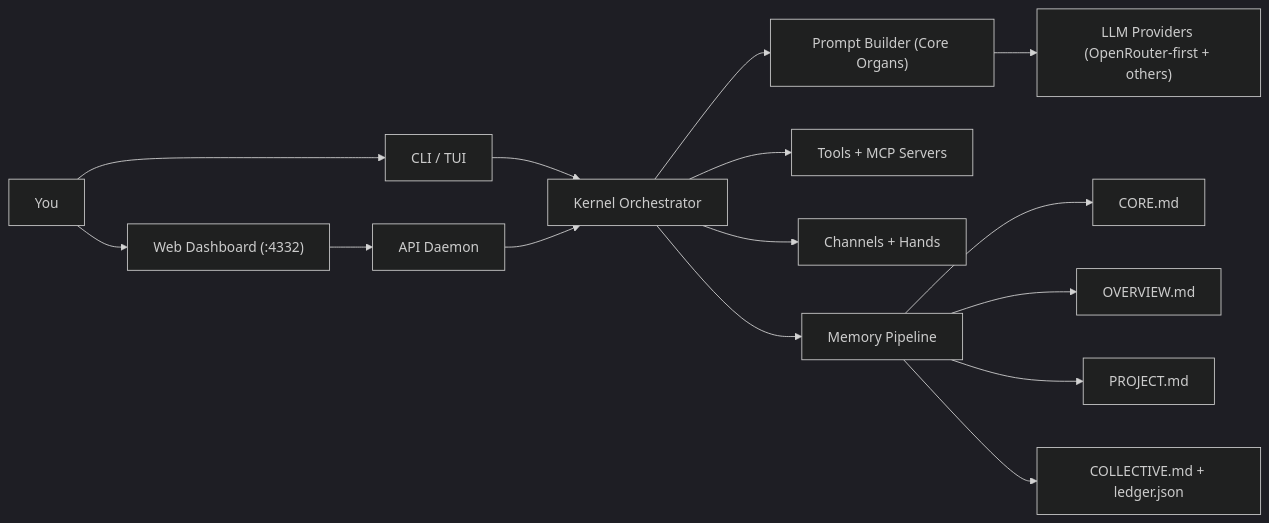
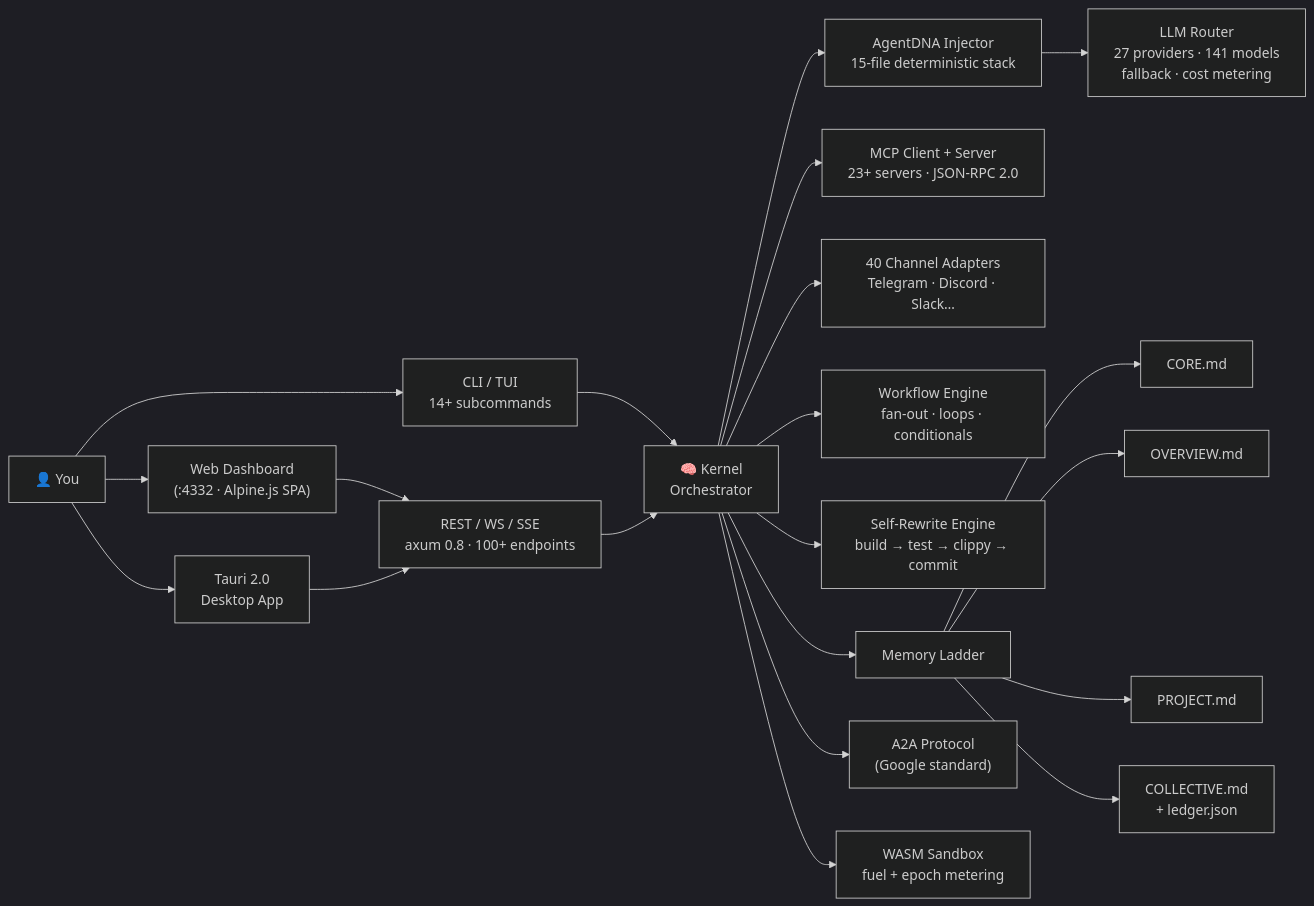
The first of 3 diagrams in README.md (aegntic/clawreform), drawn with Mermaid (dark theme) before and after one commit. The commit also changed other lines of this file, not shown here.

Commit message:
docs: update README with AgentDNA and competitive positioning

````diff
--- a/README.md
+++ b/README.md
@@ -89,17 +326,23 @@
 ```mermaid
 flowchart LR
-    U["You"] --> CLI["CLI / TUI"]
-    U --> WEB["Web Dashboard (:4332)"]
-    WEB --> API["API Daemon"]
-    CLI --> K["Kernel Orchestrator"]
+    U["👤 You"] --> CLI["CLI / TUI\n14+ subcommands"]
+    U --> WEB["Web Dashboard\n(:4332 · Alpine.js SPA)"]
+    U --> DESK["Tauri 2.0\nDesktop App"]
+    WEB --> API["REST / WS / SSE\naxum 0.8 · 100+ endpoints"]
+    DESK --> API
+    CLI --> K["🧠 Kernel\nOrchestrator"]
     API --> K
-    K --> PB["Prompt Builder (Core Organs)"]
-    PB --> LLM["LLM Providers (OpenRouter-first + others)"]
-    K --> MCP["Tools + MCP Servers"]
-    K --> CH["Channels + Hands"]
-    K --> MEM["Memory Pipeline"]
-    MEM --> CORE["CORE.md"]
-    MEM --> OVER["OVERVIEW.md"]
-    MEM --> PROJ["PROJECT.md"]
-    MEM --> COLL["COLLECTIVE.md + ledger.json"]
+    K --> DNA["AgentDNA Injector\n15-file deterministic stack"]
+    DNA --> LLM["LLM Router\n27 providers · 141 models\nfallback · cost metering"]
+    K --> MCP["MCP Client + Server\n23+ servers · JSON-RPC 2.0"]
+    K --> CH["40 Channel Adapters\nTelegram · Discord · Slack…"]
+    K --> WF["Workflow Engine\nfan-out · loops · conditionals"]
+    K --> SM["Self-Rewrite Engine\nbuild → test → clippy → commit"]
+    K --> MEM["Memory Ladder"]
+    K --> A2A["A2A Protocol\n(Google standard)"]
+    K --> WASM["WASM Sandbox\nfuel + epoch metering"]
+    MEM --> C1["CORE.md"]
+    MEM --> C2["OVERVIEW.md"]
+    MEM --> C3["PROJECT.md"]
+    MEM --> C4["COLLECTIVE.md\n+ ledger.json"]
 ```
````
